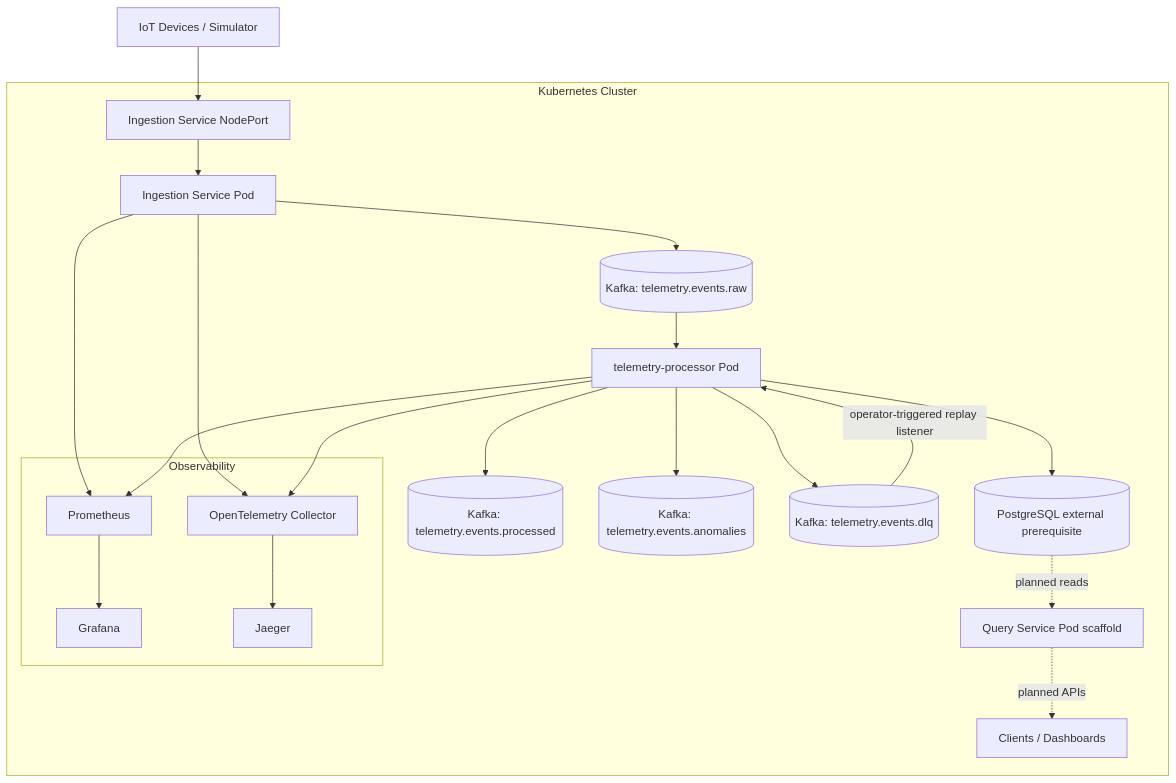
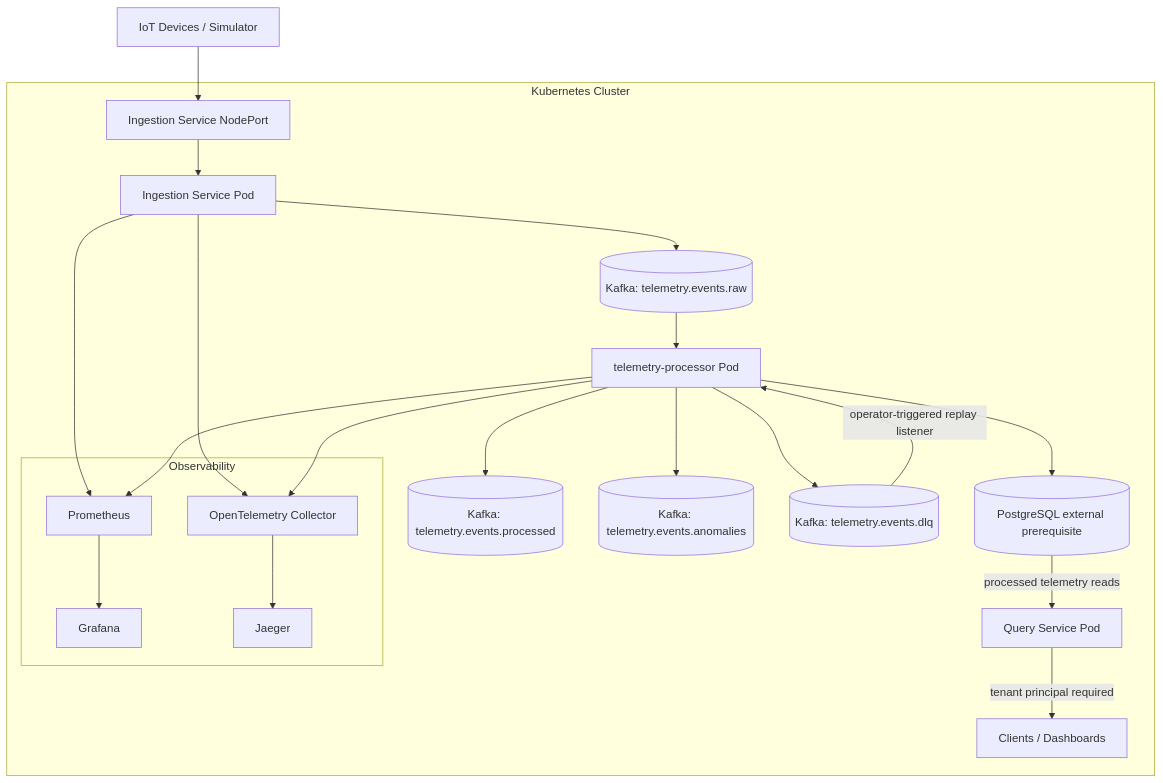
The diagram in docs/diagrams/kubernetes-deployment.md (ME-Massine/pulsestream), drawn with Mermaid before and after one commit. The commit also changed other lines of this file and 43 other files, not shown here.

Commit message:
feat(query): implement tenant-scoped processed telemetry API (#356)

````diff
--- a/docs/diagrams/kubernetes-deployment.md
+++ b/docs/diagrams/kubernetes-deployment.md
@@ -5,37 +5,37 @@
 ```mermaid
 flowchart TB
     U[IoT Devices / Simulator] --> I[Ingestion Service NodePort]
 
     subgraph Kubernetes Cluster
         I --> S1[Ingestion Service Pod]
         S1 --> K1[(Kafka: telemetry.events.raw)]
 
         K1 --> S2[telemetry-processor Pod]
         S2 --> K2[(Kafka: telemetry.events.processed)]
         S2 --> K3[(Kafka: telemetry.events.anomalies)]
         S2 --> K4[(Kafka: telemetry.events.dlq)]
 
         K4 -->|operator-triggered replay listener| S2
 
         S2 --> DB[(PostgreSQL external prerequisite)]
 
-        DB -.->|planned reads| S3[Query Service Pod scaffold]
-        S3 -.->|planned APIs| C[Clients / Dashboards]
+        DB -->|processed telemetry reads| S3[Query Service Pod]
+        S3 -->|tenant principal required| C[Clients / Dashboards]
 
         subgraph Observability
             P[Prometheus]
             G[Grafana]
             O[OpenTelemetry Collector]
             J[Jaeger]
         end
 
         S1 --> P
         S2 --> P
 
         S1 --> O
         S2 --> O
 
         P --> G
         O --> J
     end
 ```
````
